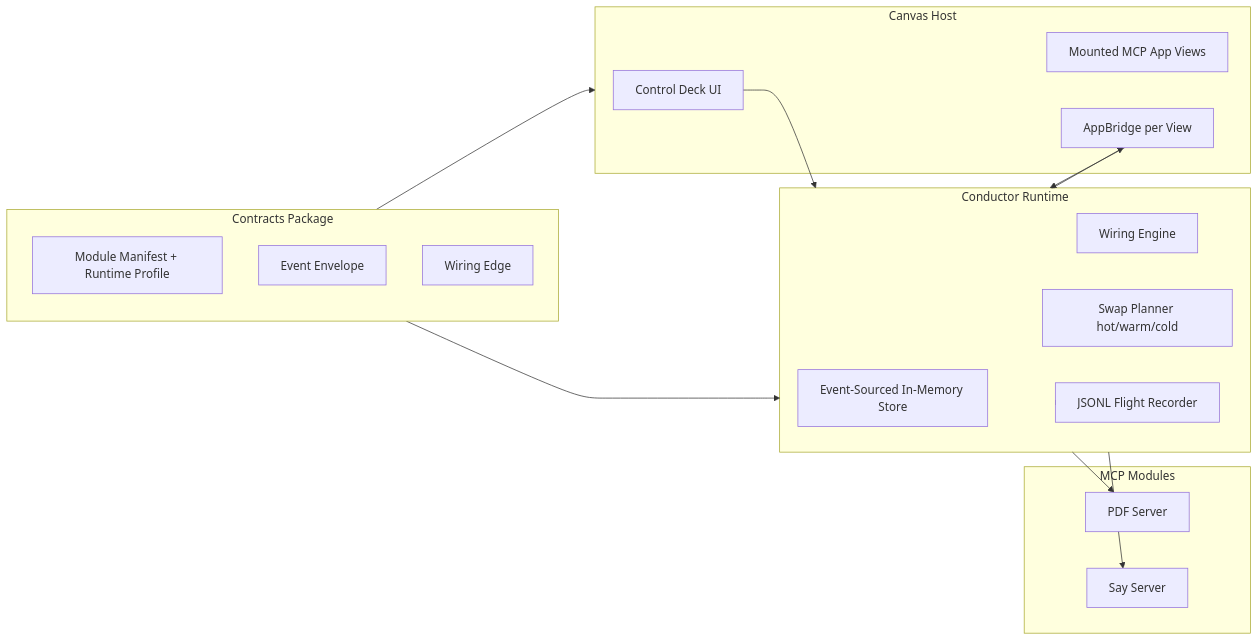
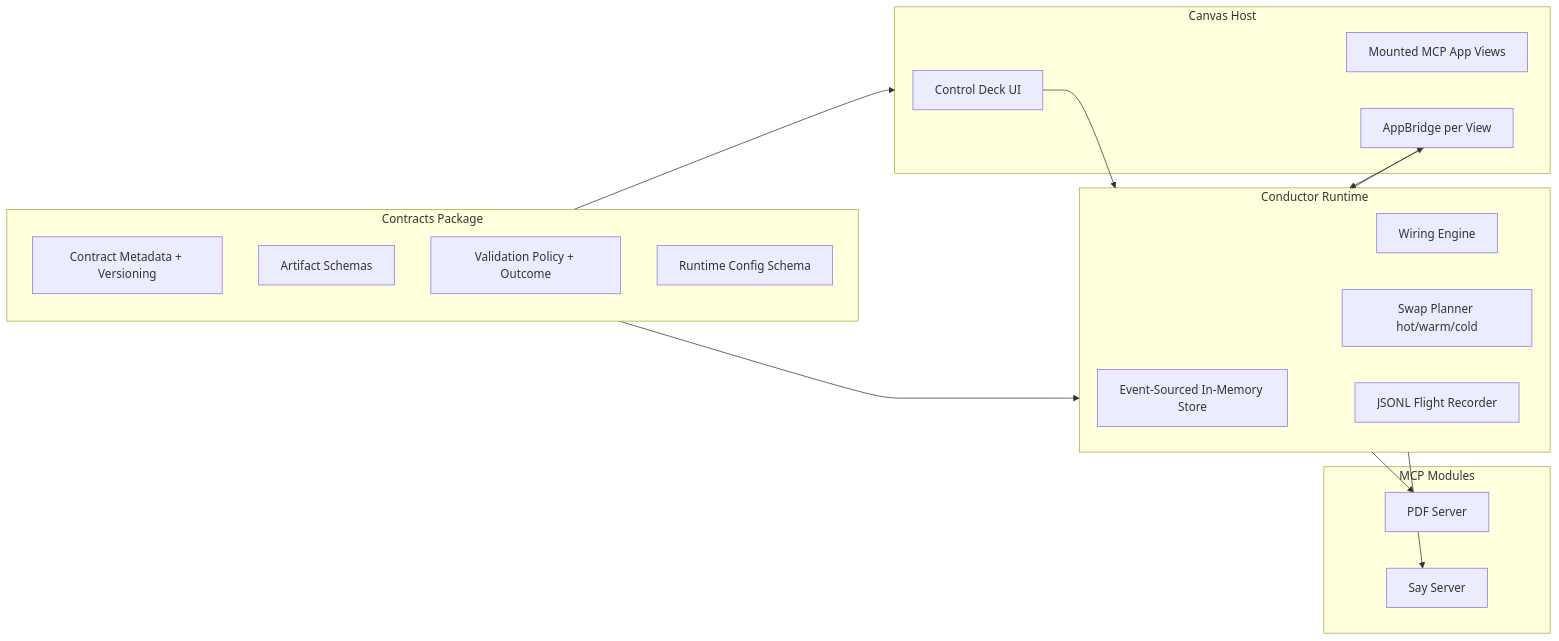
One commit to dukefromearth/mcp-app-conductor changed the diagram in THE-LIVING-DOC.md. Above: the diagram before and after it, drawn with Mermaid. The commit also changed other lines of this file and 14 other files, not shown here.

Commit message:
schema-updates

````diff
--- a/THE-LIVING-DOC.md
+++ b/THE-LIVING-DOC.md
@@ -7,35 +7,36 @@
 ```mermaid
 flowchart LR
   subgraph Host[Canvas Host]
     UI[Control Deck UI]
     VIEWS[Mounted MCP App Views]
     AB[AppBridge per View]
   end
 
   subgraph Conductor[Conductor Runtime]
     STORE[Event-Sourced In-Memory Store]
     WIRE[Wiring Engine]
     SWAP[Swap Planner hot/warm/cold]
     TRACE[JSONL Flight Recorder]
   end
 
   subgraph Modules[MCP Modules]
     PDF[PDF Server]
     SAY[Say Server]
   end
 
   subgraph Contracts[Contracts Package]
-    MAN[Module Manifest + Runtime Profile]
-    EVT[Event Envelope]
-    EDGE[Wiring Edge]
+    CORE[Contract Metadata + Versioning]
+    ART[Artifact Schemas]
+    VAL[Validation Policy + Outcome]
+    RUN[Runtime Config Schema]
   end
 
   UI --> Conductor
   AB --> Conductor
   Conductor --> AB
   Conductor --> PDF
   Conductor --> SAY
   Conductor --> TRACE
   Contracts --> Conductor
   Contracts --> Host
 ```
````
